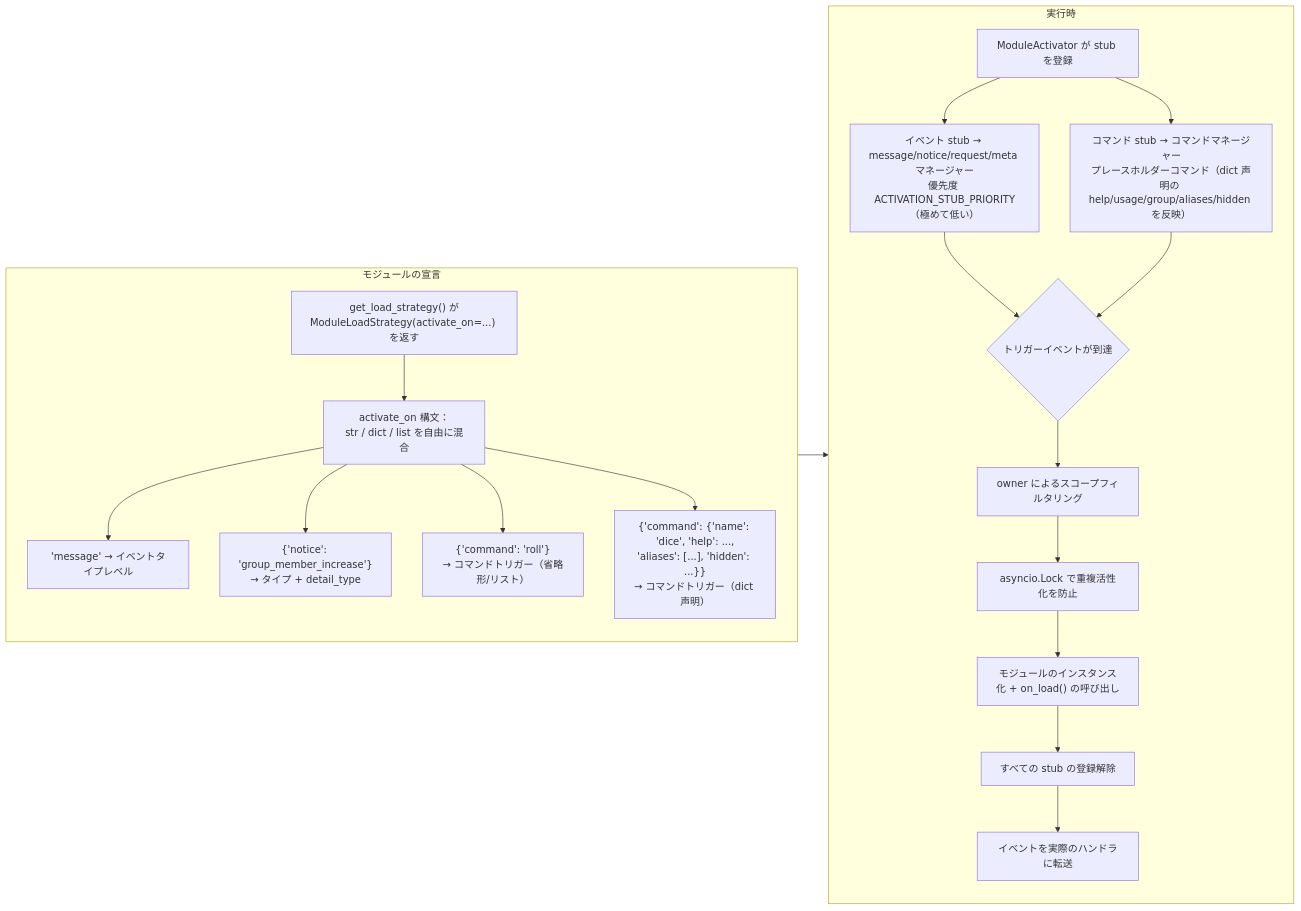
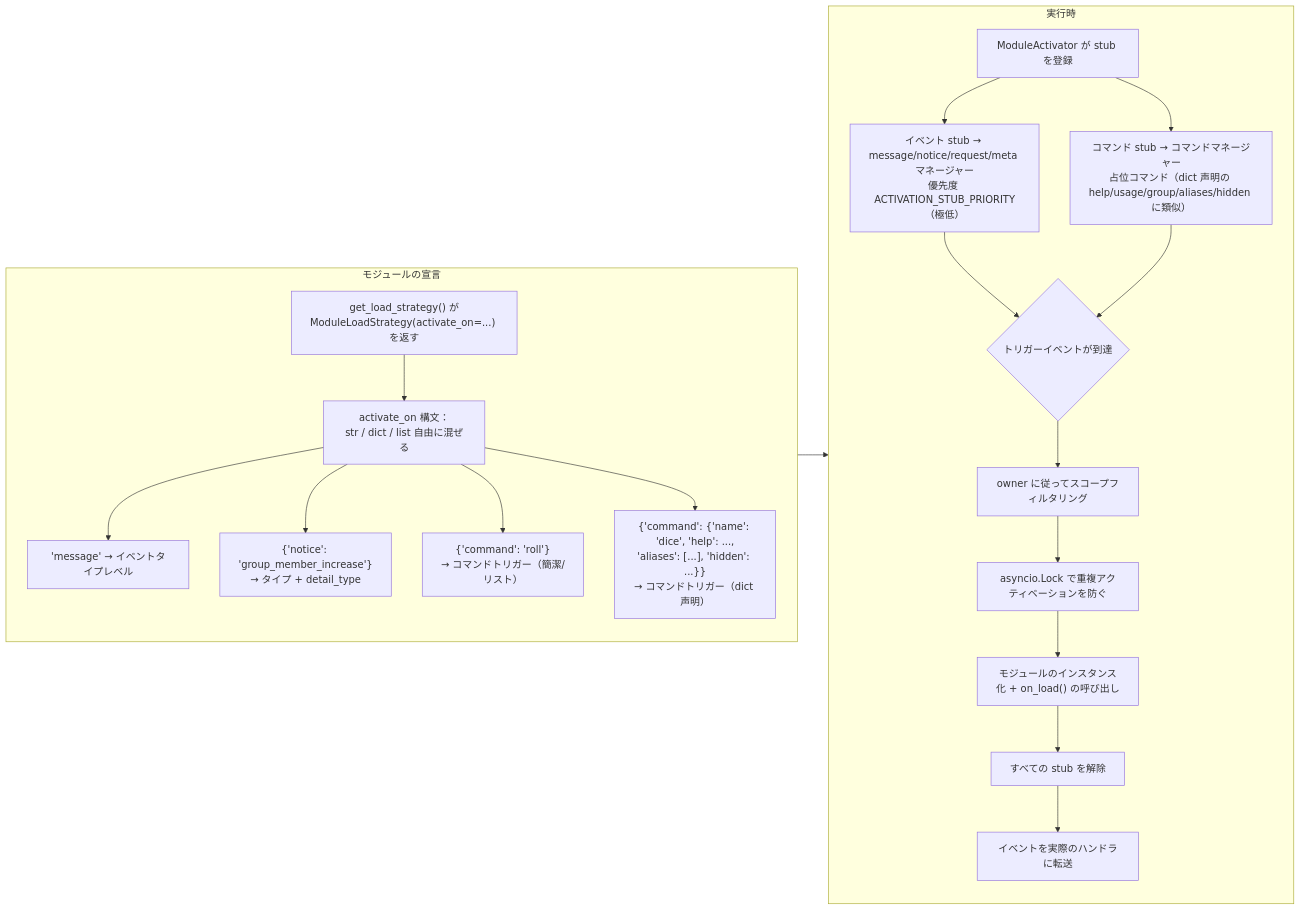
The seventh of 9 diagrams in docs/ja/architecture.md (ErisPulse/ErisPulse), drawn with Mermaid before and after one commit. The commit also changed other lines of this file and 622 other files, not shown here.

````diff
--- a/docs/ja/architecture.md
+++ b/docs/ja/architecture.md
@@ -224,24 +222,24 @@
 ```mermaid
 flowchart LR
     subgraph Declare["モジュールの宣言"]
-        S1["get_load_strategy() が<br/>ModuleLoadStrategy(activate_on=...) を返す"] --> S2["activate_on 構文：<br/>str / dict / list を自由に混合"]
+        S1["get_load_strategy() が<br/>ModuleLoadStrategy(activate_on=...) を返す"] --> S2["activate_on 構文：<br/>str / dict / list 自由に混ぜる"]
         S2 --> S2a["'message' → イベントタイプレベル"]
         S2 --> S2b["{'notice': 'group_member_increase'}<br/>→ タイプ + detail_type"]
-        S2 --> S2c["{'command': 'roll'}<br/>→ コマンドトリガー（省略形/リスト）"]
+        S2 --> S2c["{'command': 'roll'}<br/>→ コマンドトリガー（簡潔/リスト）"]
         S2 --> S2d["{'command': {'name': 'dice', 'help': ...,<br/>'aliases': [...], 'hidden': ...}}<br/>→ コマンドトリガー（dict 声明）"]
     end
 
     subgraph Runtime["実行時"]
-        R1["ModuleActivator が stub を登録"] --> R1a["イベント stub → message/notice/request/meta マネージャー<br/>優先度 ACTIVATION_STUB_PRIORITY（極めて低い）"]
-        R1 --> R1b["コマンド stub → コマンドマネージャー<br/>プレースホルダーコマンド（dict 声明の help/usage/group/aliases/hidden を反映）"]
+        R1["ModuleActivator が stub を登録"] --> R1a["イベント stub → message/notice/request/meta マネージャー<br/>優先度 ACTIVATION_STUB_PRIORITY（極低）"]
+        R1 --> R1b["コマンド stub → コマンドマネージャー<br/>占位コマンド（dict 声明の help/usage/group/aliases/hidden に類似）"]
         R1a --> R2{"トリガーイベントが到達"}
         R1b --> R2
-        R2 --> R3["owner によるスコープフィルタリング"]
-        R3 --> R4["asyncio.Lock で重複活性化を防止"]
+        R2 --> R3["owner に従ってスコープフィルタリング"]
+        R3 --> R4["asyncio.Lock で重複アクティベーションを防ぐ"]
         R4 --> R5["モジュールのインスタンス化 + on_load() の呼び出し"]
-        R5 --> R6["すべての stub の登録解除"]
+        R5 --> R6["すべての stub を解除"]
         R6 --> R7["イベントを実際のハンドラに転送"]
     end
 
     Declare --> Runtime
 ```
````
